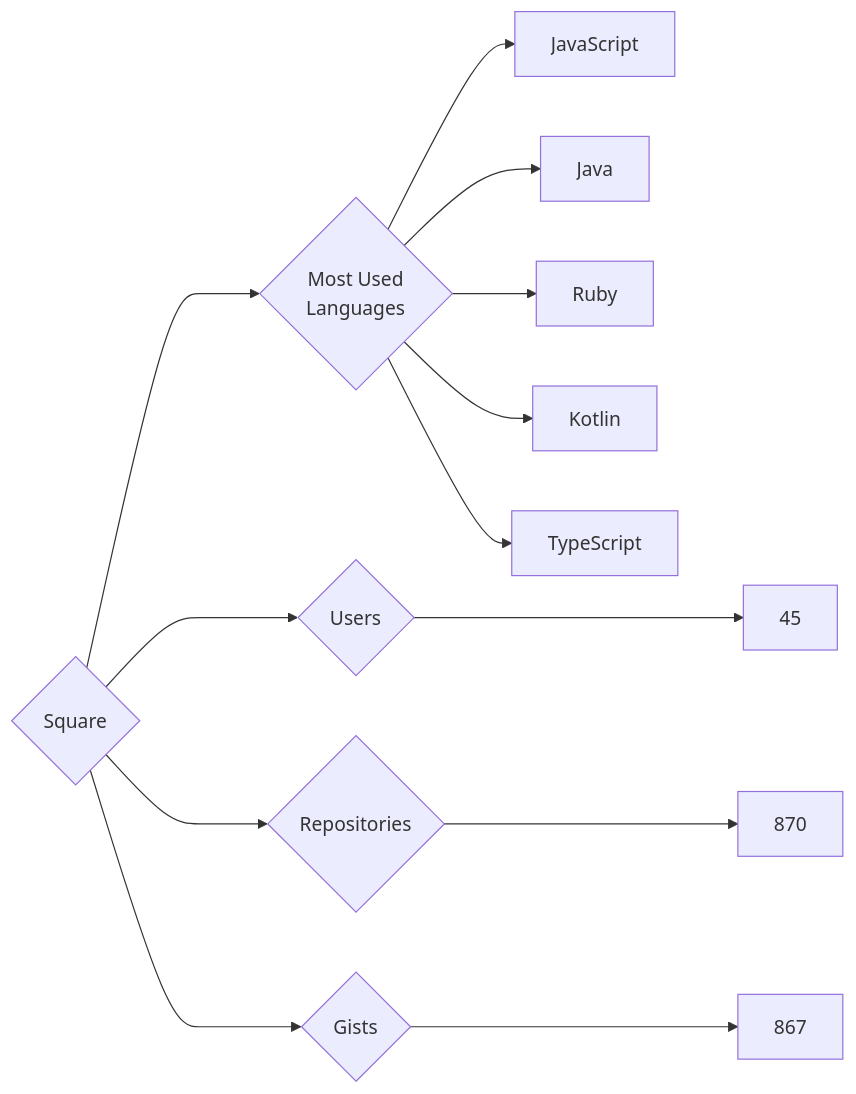
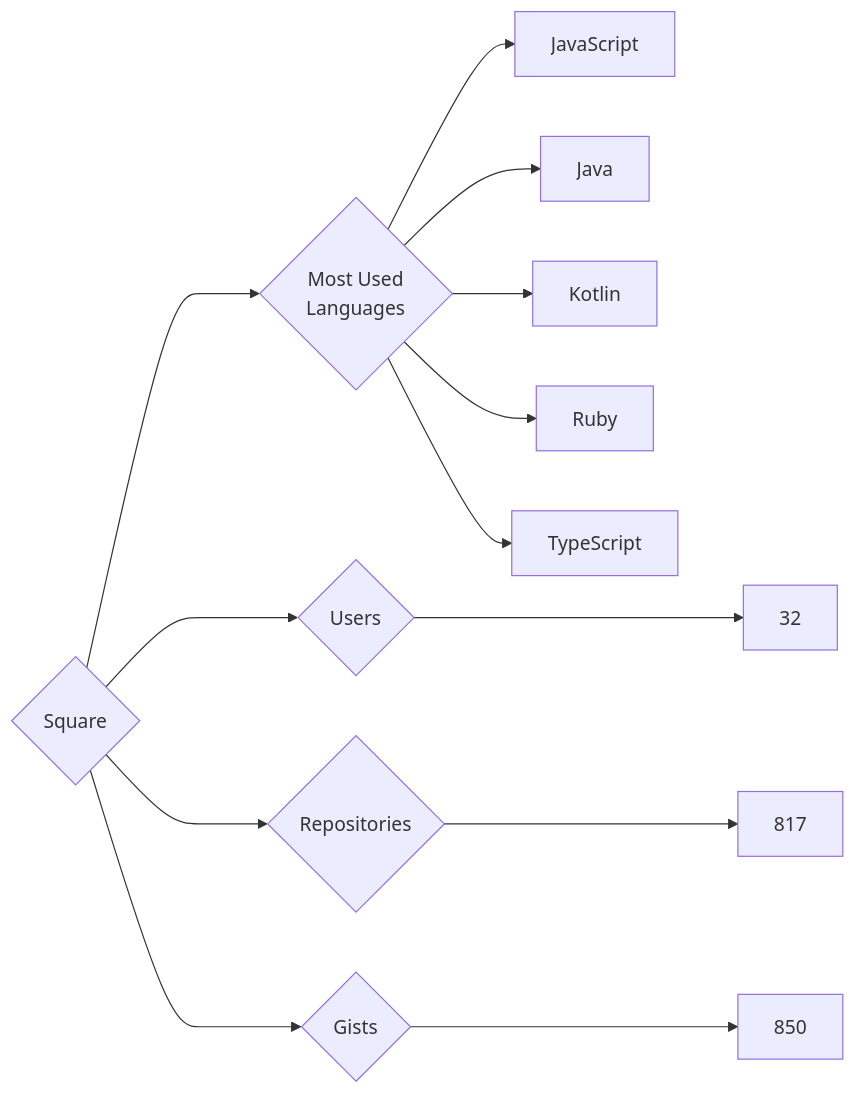
One commit to trickest/insiders changed the diagram in targets/Square/README.md. Above: the diagram before and after it, drawn with Mermaid. The commit also changed 835 other files, not shown here.

````diff
--- a/targets/Square/README.md
+++ b/targets/Square/README.md
@@ -3,13 +3,13 @@
 ```mermaid
 graph LR
 COMPANY_NAME{Square}
-COMPANY_NAME ---> U{Users} ---> UN[45]
-COMPANY_NAME ---> R{Repositories} ---> RN[870]
-COMPANY_NAME ---> G{Gists} ---> GN[867]
+COMPANY_NAME ---> U{Users} ---> UN[32]
+COMPANY_NAME ---> R{Repositories} ---> RN[817]
+COMPANY_NAME ---> G{Gists} ---> GN[850]
 COMPANY_NAME ---> ML{Most Used<br>Languages}
 ML --> JavaScript[JavaScript]
 ML --> Java[Java]
+ML --> Kotlin[Kotlin]
 ML --> Ruby[Ruby]
-ML --> Kotlin[Kotlin]
 ML --> TypeScript[TypeScript]
 ```
````
